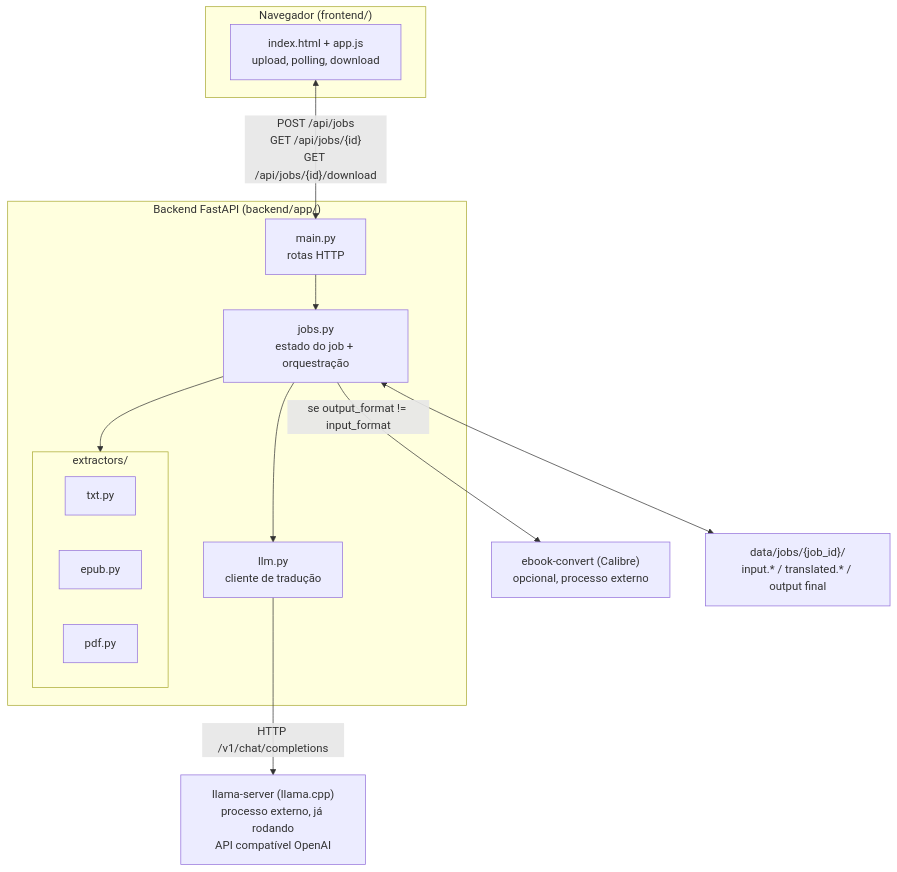
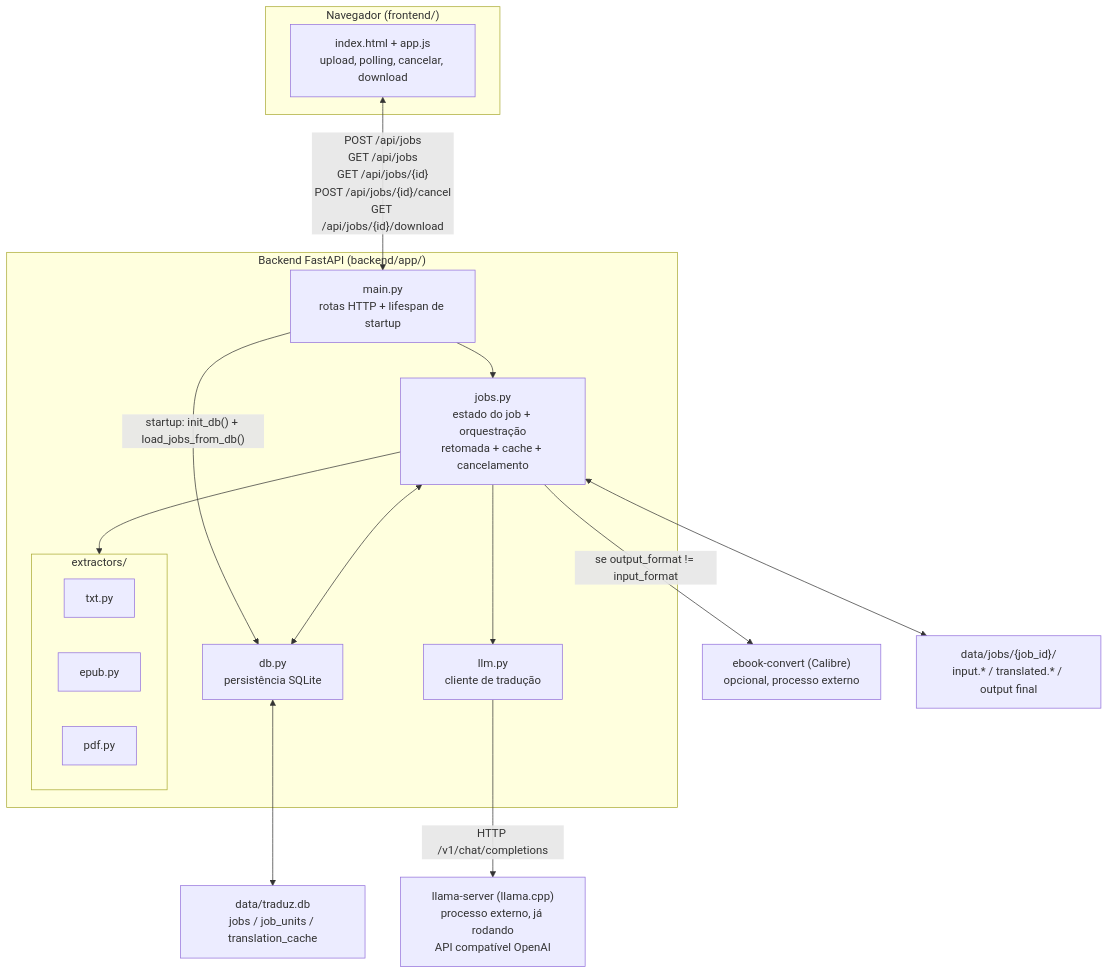
The diagram in docs/architecture.md (guigarciaa/traduz-ai), drawn with Mermaid before and after one commit. The commit also changed other lines of this file and 5 other files, not shown here.

First line of the commit message:
Update docs for persistence/resume/cache/cancel and dynamic redaction color

````diff
--- a/docs/architecture.md
+++ b/docs/architecture.md
@@ -15,29 +17,34 @@
 ```mermaid
 flowchart TB
     subgraph Browser["Navegador (frontend/)"]
-        UI["index.html + app.js<br/>upload, polling, download"]
+        UI["index.html + app.js<br/>upload, polling, cancelar, download"]
     end
 
     subgraph Backend["Backend FastAPI (backend/app/)"]
-        API["main.py<br/>rotas HTTP"]
-        Jobs["jobs.py<br/>estado do job + orquestração"]
+        API["main.py<br/>rotas HTTP + lifespan de startup"]
+        Jobs["jobs.py<br/>estado do job + orquestração<br/>retomada + cache + cancelamento"]
+        DB["db.py<br/>persistência SQLite"]
         LLMClient["llm.py<br/>cliente de tradução"]
         subgraph Extractors["extractors/"]
             TXT["txt.py"]
             EPUB["epub.py"]
             PDF["pdf.py"]
         end
     end
 
     LlamaServer["llama-server (llama.cpp)<br/>processo externo, já rodando<br/>API compatível OpenAI"]
     Calibre["ebook-convert (Calibre)<br/>opcional, processo externo"]
-    Disk["data/jobs/{job_id}/<br/>input.* / translated.* / output final"]
+    JobFiles["data/jobs/{job_id}/<br/>input.* / translated.* / output final"]
+    SqliteFile["data/traduz.db<br/>jobs / job_units / translation_cache"]
 
-    UI <-->|"POST /api/jobs<br/>GET /api/jobs/{id}<br/>GET /api/jobs/{id}/download"| API
+    UI <-->|"POST /api/jobs<br/>GET /api/jobs<br/>GET /api/jobs/{id}<br/>POST /api/jobs/{id}/cancel<br/>GET /api/jobs/{id}/download"| API
+    API -->|"startup: init_db() + load_jobs_from_db()"| DB
     API --> Jobs
     Jobs --> Extractors
     Jobs --> LLMClient
     LLMClient -->|"HTTP /v1/chat/completions"| LlamaServer
     Jobs -->|"se output_format != input_format"| Calibre
-    Jobs <--> Disk
+    Jobs <--> JobFiles
+    Jobs <--> DB
+    DB <--> SqliteFile
 ```
````
